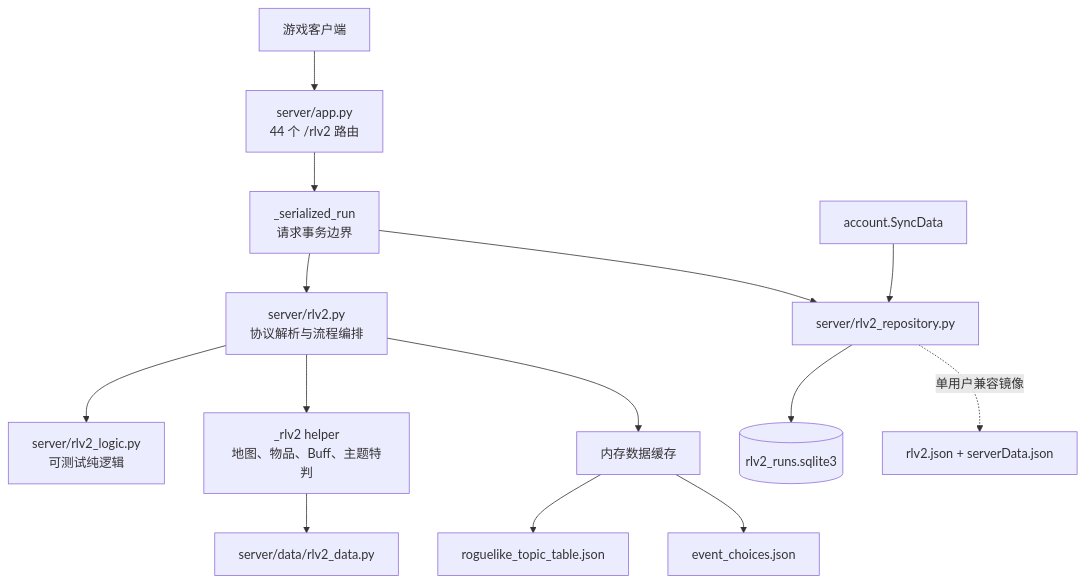
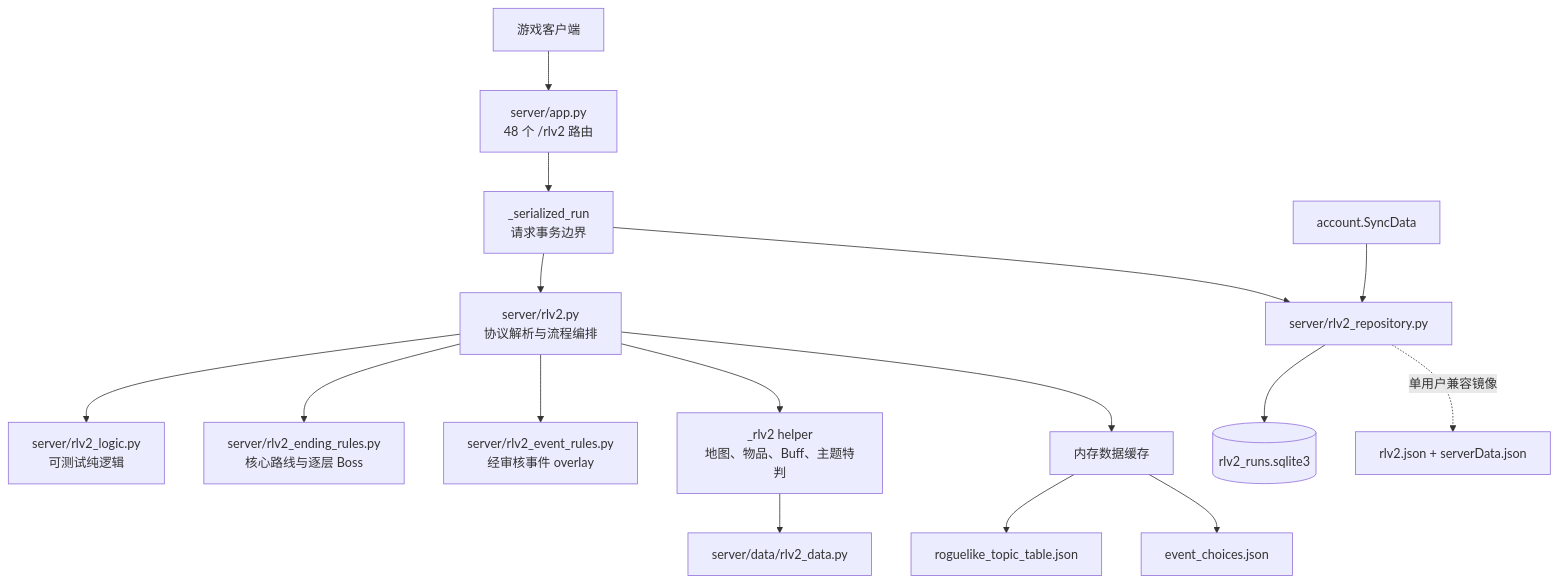
The first of 2 diagrams in docs/ROGUELIKE_ARCHITECTURE.md (hophenby2/ark), drawn with Mermaid before and after one commit. The commit also changed other lines of this file and 15 other files, not shown here.

````diff
--- a/docs/ROGUELIKE_ARCHITECTURE.md
+++ b/docs/ROGUELIKE_ARCHITECTURE.md
@@ -24,16 +24,18 @@
 ```mermaid
 flowchart TD
-    Client[游戏客户端] --> Routes[server/app.py<br/>44 个 /rlv2 路由]
+    Client[游戏客户端] --> Routes[server/app.py<br/>48 个 /rlv2 路由]
     Routes --> Tx[_serialized_run<br/>请求事务边界]
     Tx --> Handler[server/rlv2.py<br/>协议解析与流程编排]
     Handler --> Logic[server/rlv2_logic.py<br/>可测试纯逻辑]
+    Handler --> EndingRules[server/rlv2_ending_rules.py<br/>核心路线与逐层 Boss]
+    Handler --> EventRules[server/rlv2_event_rules.py<br/>经审核事件 overlay]
     Handler --> Helpers[_rlv2 helper<br/>地图、物品、Buff、主题特判]
     Handler --> Tables[内存数据缓存]
     Tables --> Topic[roguelike_topic_table.json]
     Tables --> Events[event_choices.json]
     Helpers --> ManualBuffs[server/data/rlv2_data.py]
     Tx --> Repo[server/rlv2_repository.py]
     Repo --> SQLite[(rlv2_runs.sqlite3)]
     Repo -. 单用户兼容镜像 .-> Legacy[rlv2.json + serverData.json]
     Sync[account.SyncData] --> Repo
 ```
````
